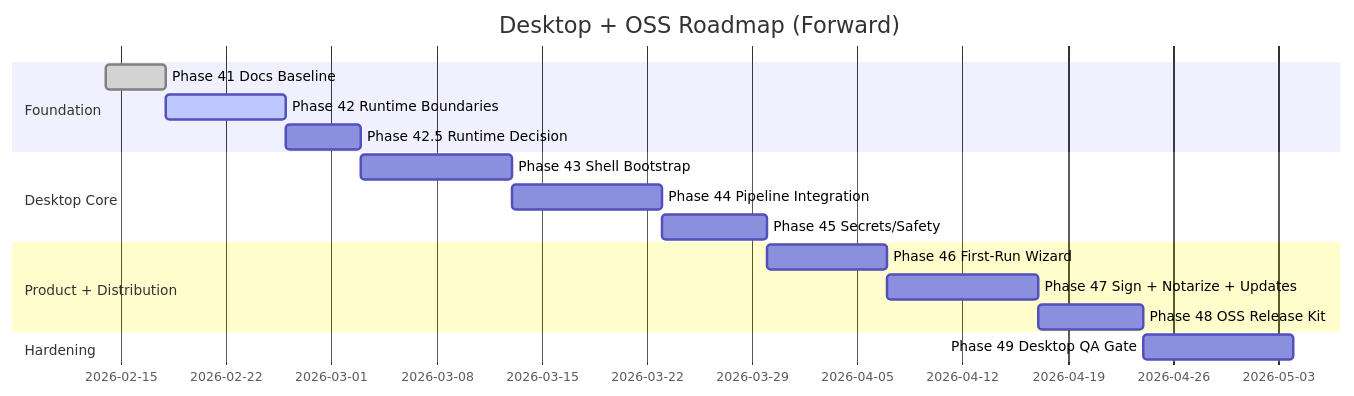
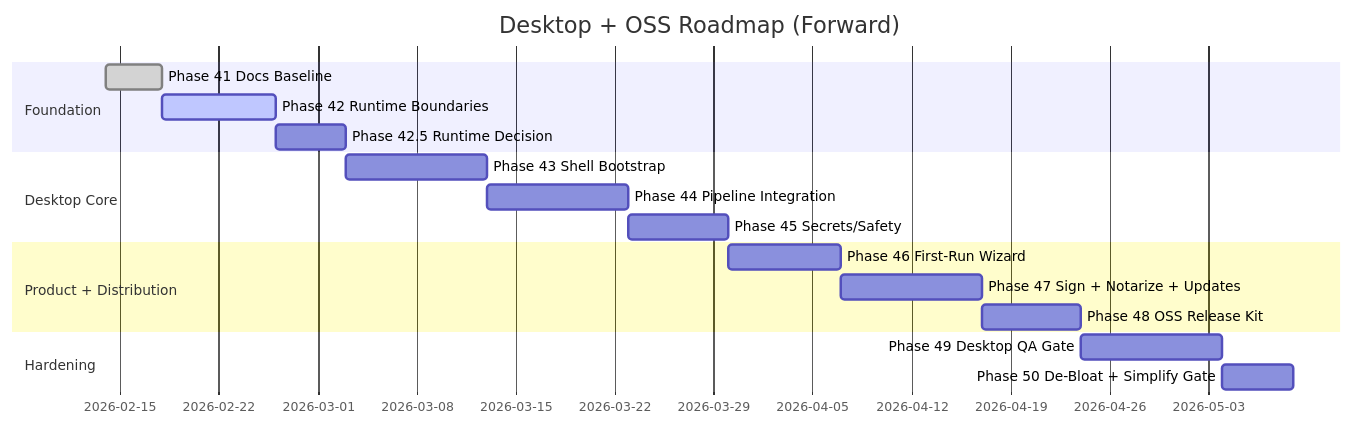
Before and after one commit to eeshansrivastava89/sidequests: the third of 3 diagrams in docs/internal/IMPLEMENTATION_PLAN.md, drawn with Mermaid. The commit also changed other lines of this file and 16 other files, not shown here.

````diff
--- a/docs/internal/IMPLEMENTATION_PLAN.md
+++ b/docs/internal/IMPLEMENTATION_PLAN.md
@@ -257,19 +279,20 @@
 ```mermaid
 gantt
   title Desktop + OSS Roadmap (Forward)
   dateFormat  YYYY-MM-DD
   section Foundation
   Phase 41 Docs Baseline           :done,   p41, 2026-02-14, 4d
   Phase 42 Runtime Boundaries      :active, p42, after p41, 8d
   Phase 42.5 Runtime Decision      :p425, after p42, 5d
   section Desktop Core
   Phase 43 Shell Bootstrap         :p43, after p425, 10d
   Phase 44 Pipeline Integration    :p44, after p43, 10d
   Phase 45 Secrets/Safety          :p45, after p44, 7d
   section Product + Distribution
   Phase 46 First-Run Wizard        :p46, after p45, 8d
   Phase 47 Sign + Notarize + Updates :p47, after p46, 10d
   Phase 48 OSS Release Kit         :p48, after p47, 7d
   section Hardening
   Phase 49 Desktop QA Gate         :p49, after p48, 10d
+  Phase 50 De-Bloat + Simplify Gate :p50, after p49, 5d
 ```
````
